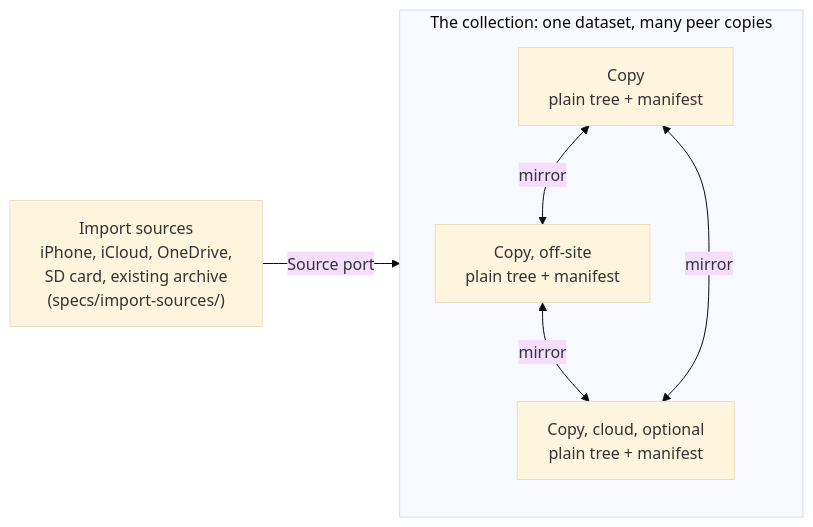
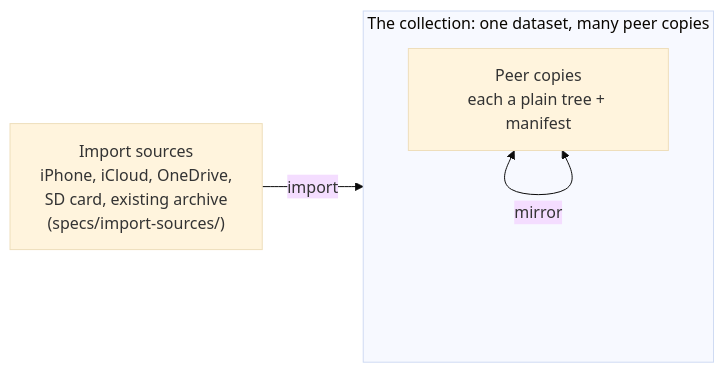
The diagram in specs/turbo-collection-spec.md (NikoAri/turbo-collection), drawn with Mermaid (base theme) before and after one commit. The commit also changed other lines of this file and 8 other files, not shown here.

````diff
--- a/specs/turbo-collection-spec.md
+++ b/specs/turbo-collection-spec.md
@@ -62,15 +55,11 @@
 ```mermaid
 flowchart LR
     IN["Import sources<br/>iPhone, iCloud, OneDrive,<br/>SD card, existing archive<br/>(specs/import-sources/)"]
 
     subgraph COLL["The collection: one dataset, many peer copies"]
-        C1["Copy<br/>plain tree + manifest"]
-        C2["Copy, off-site<br/>plain tree + manifest"]
-        C3["Copy, cloud, optional<br/>plain tree + manifest"]
-        C1 <-->|mirror| C2
-        C2 <-->|mirror| C3
-        C1 <-->|mirror| C3
+        C["Peer copies<br/>each a plain tree + manifest"]
+        C <-->|mirror| C
     end
 
-    IN -->|Source port| COLL
+    IN -->|import| COLL
 ```
````
